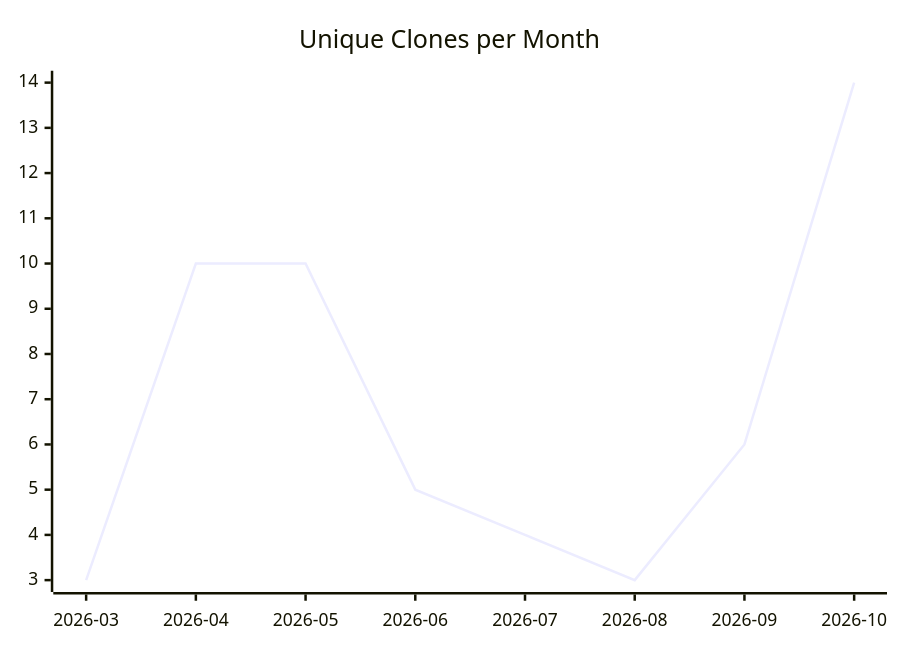
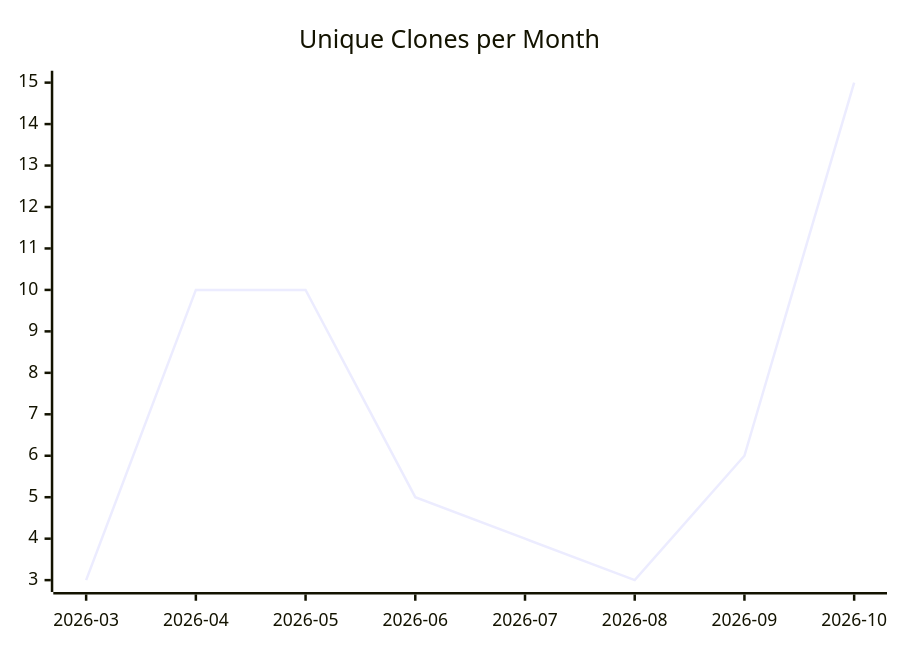
The third of 3 diagrams in karlmdavis/can-i-kayak-baltimore/README.md (justdavis-family/github-analytics-data), drawn with Mermaid before and after one commit. The commit also changed other lines of this file and 200 other files, not shown here.

````diff
--- a/karlmdavis/can-i-kayak-baltimore/README.md
+++ b/karlmdavis/can-i-kayak-baltimore/README.md
@@ -19,6 +19,6 @@
 ```mermaid
 xychart-beta
   title "Unique Clones per Month"
   x-axis ["2026-03", "2026-04", "2026-05", "2026-06", "2026-07", "2026-08", "2026-09", "2026-10"]
-  line [3, 10, 10, 5, 4, 3, 6, 14]
+  line [3, 10, 10, 5, 4, 3, 6, 15]
 ```
````
